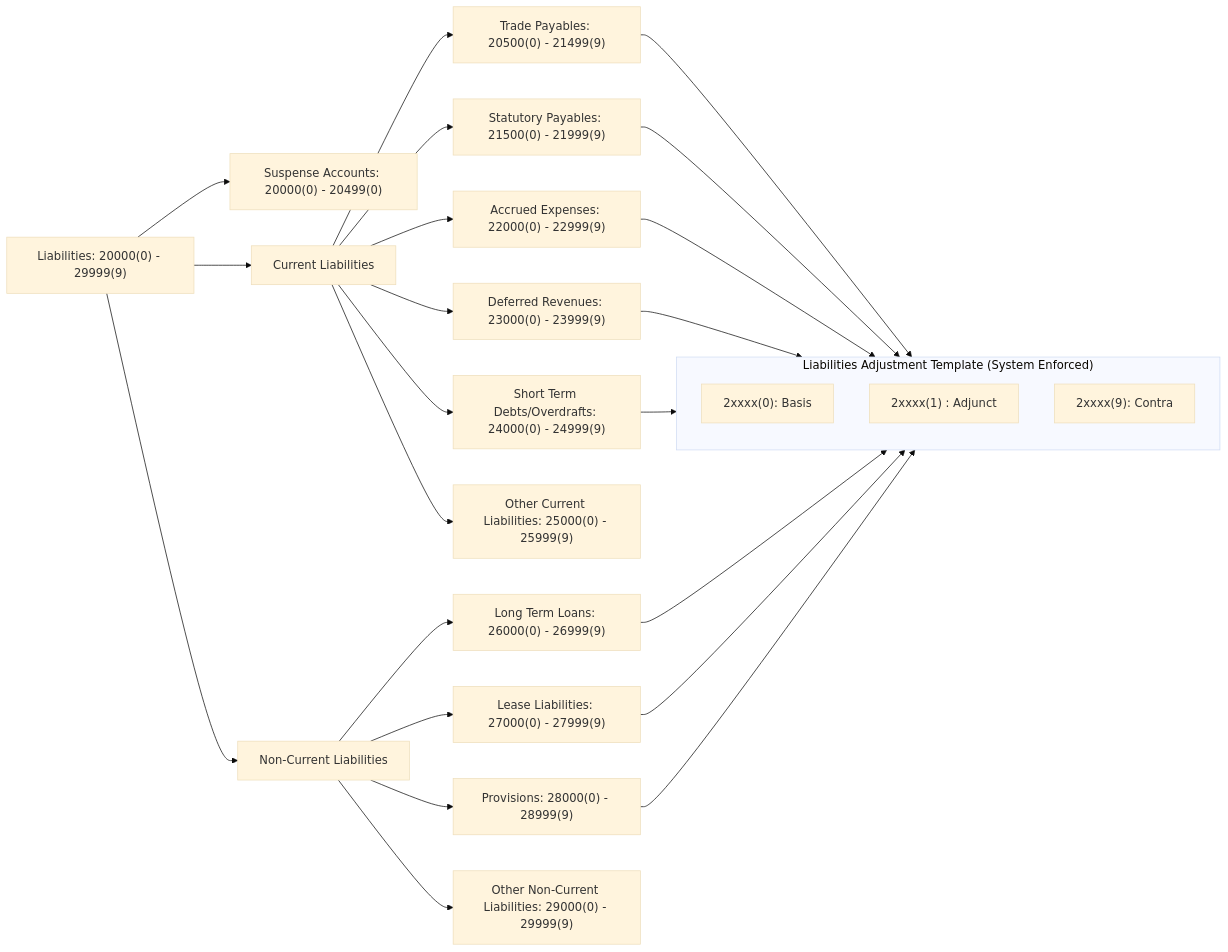
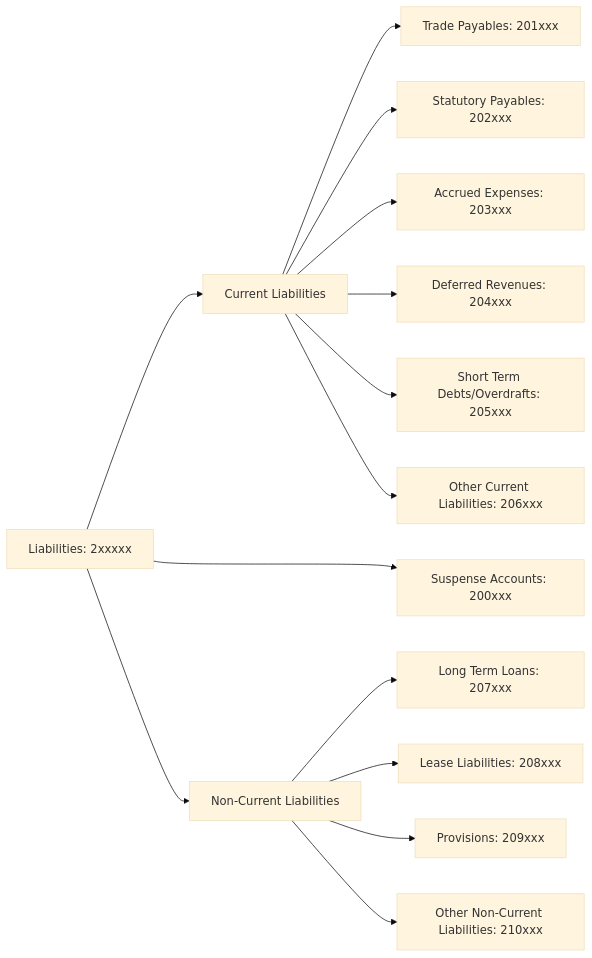
One commit to oosahon/ledgernova-core changed the diagram in src/domain/accounting/__doc__/assets/coa-liabilities.mermaid. Above: the diagram before and after it, drawn with Mermaid (base theme). The commit also changed other lines of this file and 10 other files, not shown here.

Commit message:
doc(coa): update charts of accounts doc

```diff
--- a/src/domain/accounting/__doc__/assets/coa-liabilities.mermaid
+++ b/src/domain/accounting/__doc__/assets/coa-liabilities.mermaid
@@ -1,28 +1,23 @@
 flowchart LR
-    %% Power users (and accounts bootstraper for non-power users) will decide whether or not to apply contra templates to "Other*" liabilities
-    subgraph AdjustmentTemplate["Liabilities Adjustment Template (System Enforced)"]
-        Basis["2xxxx(0): Basis"]
-        Adjunct["2xxxx(1) : Adjunct"]
-        Contra["2xxxx(9): Contra"]
-    end
-    Liabilities["Liabilities: 20000(0) - 29999(9)"]
-
-    SuspenseAccounts["Suspense Accounts: 20000(0) - 20499(0)"]
-    CLiabilities["Current Liabilities"]
-        TradePayables["Trade Payables: 20500(0) - 21499(9)"] --> AdjustmentTemplate
-        StatutoryPayables["Statutory Payables: 21500(0) - 21999(9)"] --> AdjustmentTemplate
-        Accruals["Accrued Expenses: 22000(0) - 22999(9)"] --> AdjustmentTemplate
-        DeferredRevenues["Deferred Revenues: 23000(0) - 23999(9)"] --> AdjustmentTemplate
-        ShortTermDebts["Short Term Debts/Overdrafts: 24000(0) - 24999(9)"] --> AdjustmentTemplate
-        OtherCurrentLiabilities["Other Current Liabilities: 25000(0) - 25999(9)"]
-
-    NCLiabilities["Non-Current Liabilities"]
-        LongTermLoan["Long Term Loans: 26000(0) - 26999(9)"] --> AdjustmentTemplate
-        LeaseLiabilities["Lease Liabilities: 27000(0) - 27999(9)"] --> AdjustmentTemplate
-        Provisions["Provisions: 28000(0) - 28999(9)"] --> AdjustmentTemplate
-        OtherNCL["Other Non-Current Liabilities: 29000(0) - 29999(9)"]
+    Liabilities["Liabilities: 2xxxxx"]
 
     Liabilities --> CLiabilities & NCLiabilities & SuspenseAccounts
 
-    CLiabilities --> TradePayables & StatutoryPayables & Accruals & DeferredRevenues & ShortTermDebts & OtherCurrentLiabilities
-    NCLiabilities --> LongTermLoan & LeaseLiabilities & Provisions & OtherNCL
+    SuspenseAccounts["Suspense Accounts: 200xxx"]
+    CLiabilities["Current Liabilities"]
+        CLiabilities --> TradePayables["Trade Payables: 201xxx"]
+        CLiabilities --> StatutoryPayables["Statutory Payables: 202xxx"]
+        CLiabilities --> Accruals["Accrued Expenses: 203xxx"]
+        CLiabilities --> DeferredRevenues["Deferred Revenues: 204xxx"]
+        CLiabilities --> ShortTermDebts["Short Term Debts/Overdrafts: 205xxx"]
+        CLiabilities --> OtherCurrentLiabilities["Other Current Liabilities: 206xxx"]
+
+    NCLiabilities["Non-Current Liabilities"]
+        NCLiabilities --> LongTermLoan["Long Term Loans: 207xxx"]
+        NCLiabilities --> LeaseLiabilities["Lease Liabilities: 208xxx"]
+        NCLiabilities --> Provisions["Provisions: 209xxx"]
+        NCLiabilities --> OtherNCL["Other Non-Current Liabilities: 210xxx"]
+
+
+    %% For positioning
+    CLiabilities ~~~ SuspenseAccounts
```
